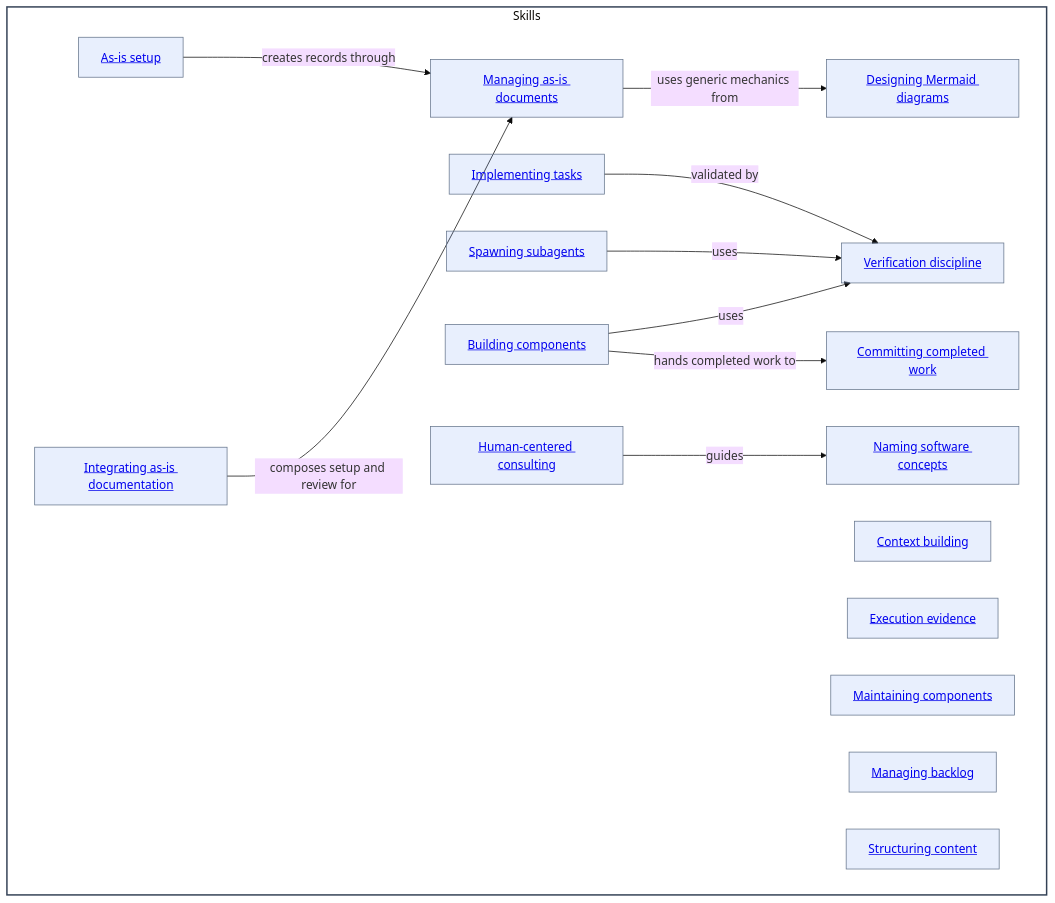
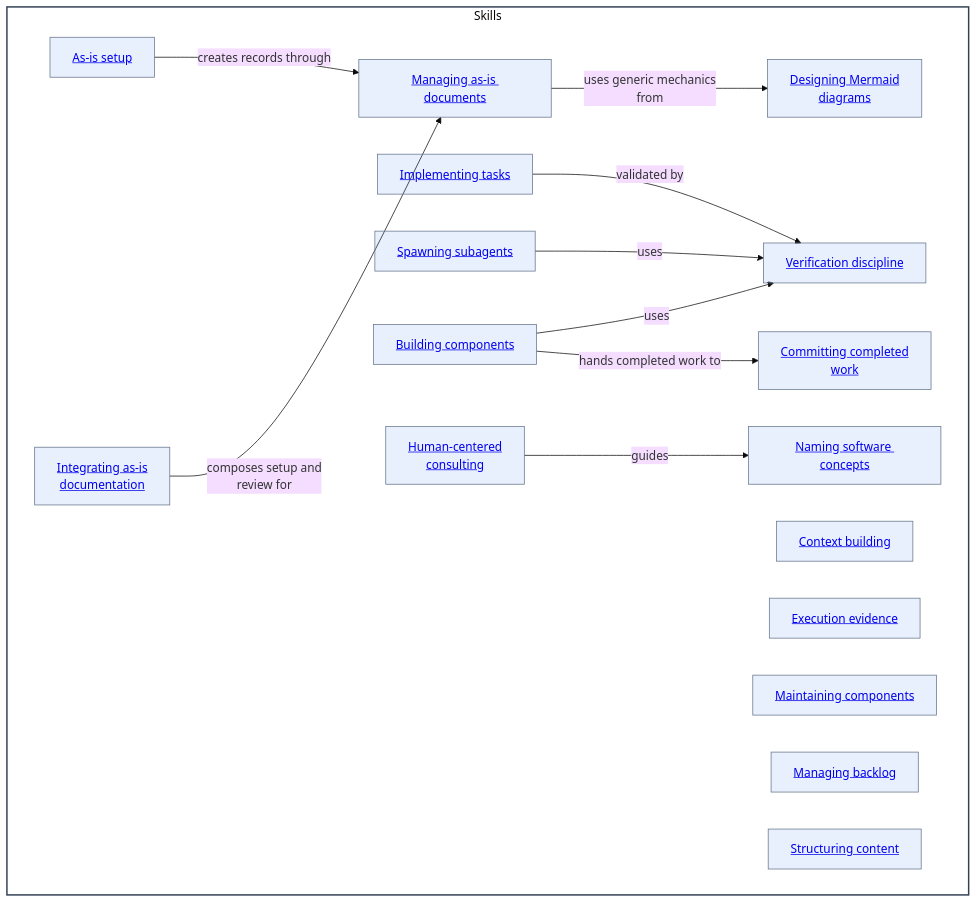
One commit to abstract-business-systems/as-is changed the diagram in skills/as-is.md. Above: the diagram before and after it, drawn with Mermaid (base theme). The commit also changed 47 other files, not shown here.

Commit message:
docs(diagrams): improve Mermaid readability validation

````diff
--- a/skills/as-is.md
+++ b/skills/as-is.md
@@ -57,37 +57,37 @@
 ```mermaid
 %%{init: {"securityLevel": "loose"}}%%
 flowchart LR
     subgraph Skills["Skills"]
         direction LR
         Setup["<a href='./as-is-setup/as-is.md#design'>As-is setup</a>"]
-        Integrate["<a href='./integrate-as-is-documentation/as-is.md#design'>Integrating as-is documentation</a>"]
+        Integrate["<a href='./integrate-as-is-documentation/as-is.md#design'>Integrating as-is<br/>documentation</a>"]
         ManagingAsIs["<a href='./managing-as-is-document/as-is.md#design'>Managing as-is documents</a>"]
         ContextBuilding["<a href='./context-building/as-is.md#design'>Context building</a>"]
         ExecutionEvidence["<a href='./exploring-execution-evidence/as-is.md#design'>Execution evidence</a>"]
-        MermaidDesign["<a href='./designing-mermaid-diagrams/as-is.md#design'>Designing Mermaid diagrams</a>"]
+        MermaidDesign["<a href='./designing-mermaid-diagrams/as-is.md#design'>Designing Mermaid<br/>diagrams</a>"]
         ImplementingTasks["<a href='./implementing-component-tasks/as-is.md#design'>Implementing tasks</a>"]
         MaintainingComponents["<a href='./maintaining-components/as-is.md#design'>Maintaining components</a>"]
         ManagingBacklog["<a href='./managing-backlog/as-is.md#design'>Managing backlog</a>"]
         SpawningSubagents["<a href='./spawning-pi-subagents/as-is.md#design'>Spawning subagents</a>"]
         StructuringContent["<a href='./structuring-content/as-is.md#design'>Structuring content</a>"]
         Verification["<a href='./verification-discipline/as-is.md#design'>Verification discipline</a>"]
         Naming["<a href='./naming-software-concepts/as-is.md#design'>Naming software concepts</a>"]
         Building["<a href='./building-components/as-is.md#design'>Building components</a>"]
-        Committing["<a href='./committing-completed-work/as-is.md#design'>Committing completed work</a>"]
-        Consulting["<a href='./human-centered-consulting/as-is.md#design'>Human-centered consulting</a>"]
+        Committing["<a href='./committing-completed-work/as-is.md#design'>Committing completed<br/>work</a>"]
+        Consulting["<a href='./human-centered-consulting/as-is.md#design'>Human-centered<br/>consulting</a>"]
 
         Setup -->|creates records through| ManagingAsIs
-        Integrate -->|composes setup and review for| ManagingAsIs
-        ManagingAsIs -->|uses generic mechanics from| MermaidDesign
+        Integrate -->|composes setup and<br/>review for| ManagingAsIs
+        ManagingAsIs -->|uses generic mechanics<br/>from| MermaidDesign
         ImplementingTasks -->|validated by| Verification
         SpawningSubagents -->|uses| Verification
         Building -->|uses| Verification
         Building -->|hands completed work to| Committing
         Consulting -->|guides| Naming
 
     end
     classDef component fill:#f8fafc,fill-opacity:0.1,stroke:#334155,stroke-width:2px
     classDef child fill:#2563eb,fill-opacity:0.1,stroke:#64748b,stroke-width:1px
     class Skills component
     class Setup,Integrate,ManagingAsIs,ContextBuilding,ExecutionEvidence,MermaidDesign,ImplementingTasks,MaintainingComponents,ManagingBacklog,SpawningSubagents,StructuringContent,Verification,Naming,Building,Committing,Consulting child
 ```
````
